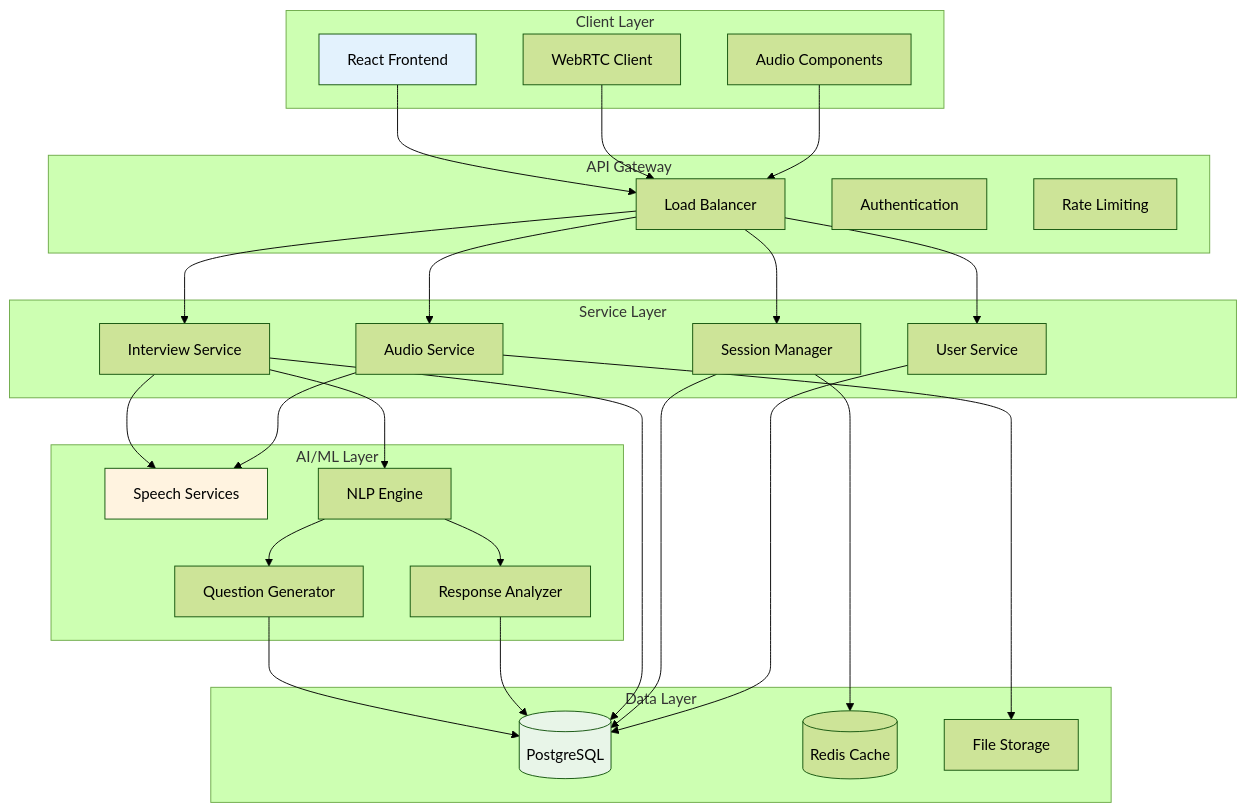
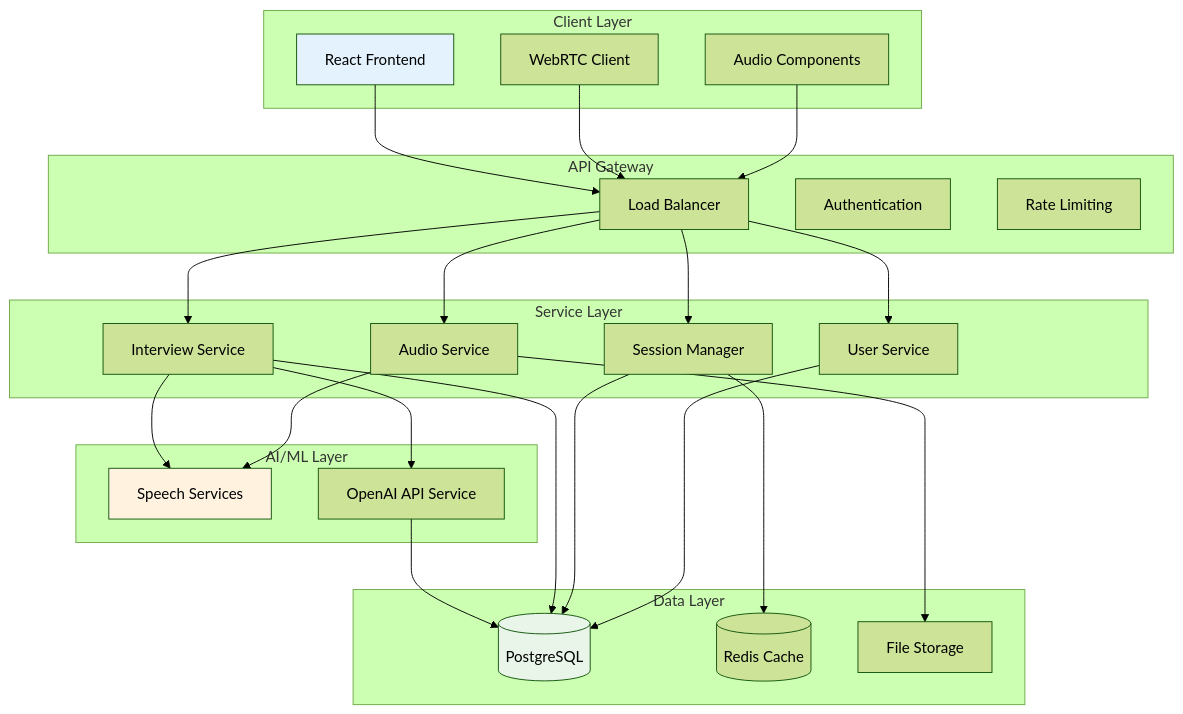
The seventh of 9 diagrams in System_Flow_Diagrams.md (Harsh-31/test-cursor), drawn with Mermaid (forest theme) before and after one commit. The commit also changed other lines of this file and 1 other file, not shown here.

Commit message:
Refactor system architecture to use OpenAI API for NLP tasks

````diff
--- a/System_Flow_Diagrams.md
+++ b/System_Flow_Diagrams.md
@@ -228,62 +221,57 @@
 ```mermaid
 graph TB
     subgraph "Client Layer"
         A[React Frontend]
         B[WebRTC Client]
         C[Audio Components]
     end
     
     subgraph "API Gateway"
         D[Load Balancer]
         E[Authentication]
         F[Rate Limiting]
     end
     
     subgraph "Service Layer"
         G[Interview Service]
         H[Audio Service]
         I[Session Manager]
         J[User Service]
     end
     
     subgraph "AI/ML Layer"
         K[Speech Services]
-        L[NLP Engine]
-        M[Question Generator]
-        N[Response Analyzer]
+        L[OpenAI API Service]
     end
     
     subgraph "Data Layer"
         O[(PostgreSQL)]
         P[(Redis Cache)]
         Q[File Storage]
     end
     
     A --> D
     B --> D
     C --> D
     
     D --> G
     D --> H
     D --> I
     D --> J
     
     G --> K
     G --> L
     H --> K
     I --> P
     
-    L --> M
-    L --> N
-    M --> O
-    N --> O
+    L --> O
     
     G --> O
     H --> Q
     I --> O
     J --> O
     
     style A fill:#e3f2fd
     style K fill:#fff3e0
     style O fill:#e8f5e8
 ```
````
